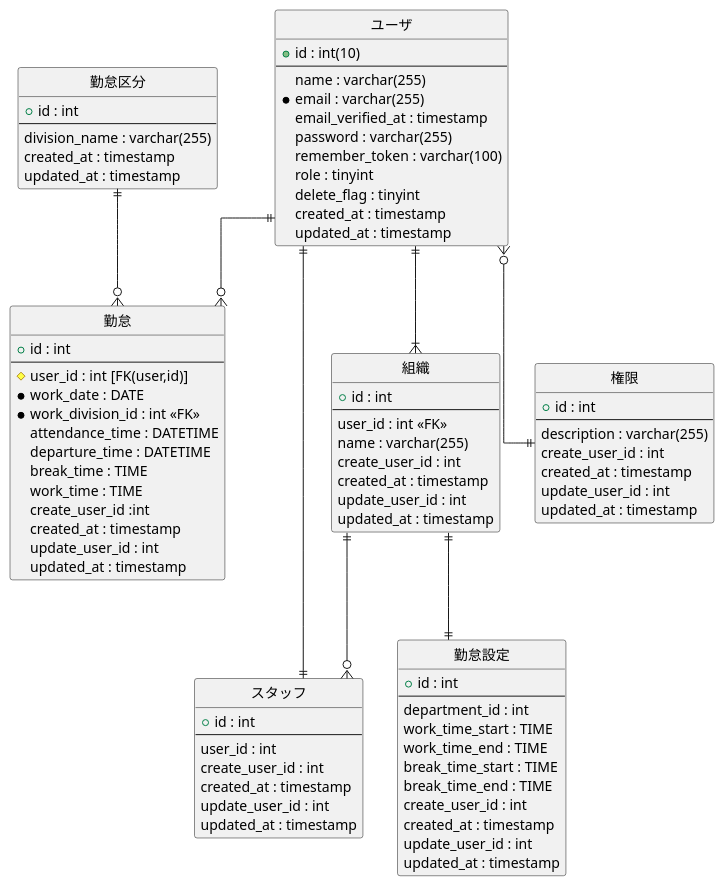
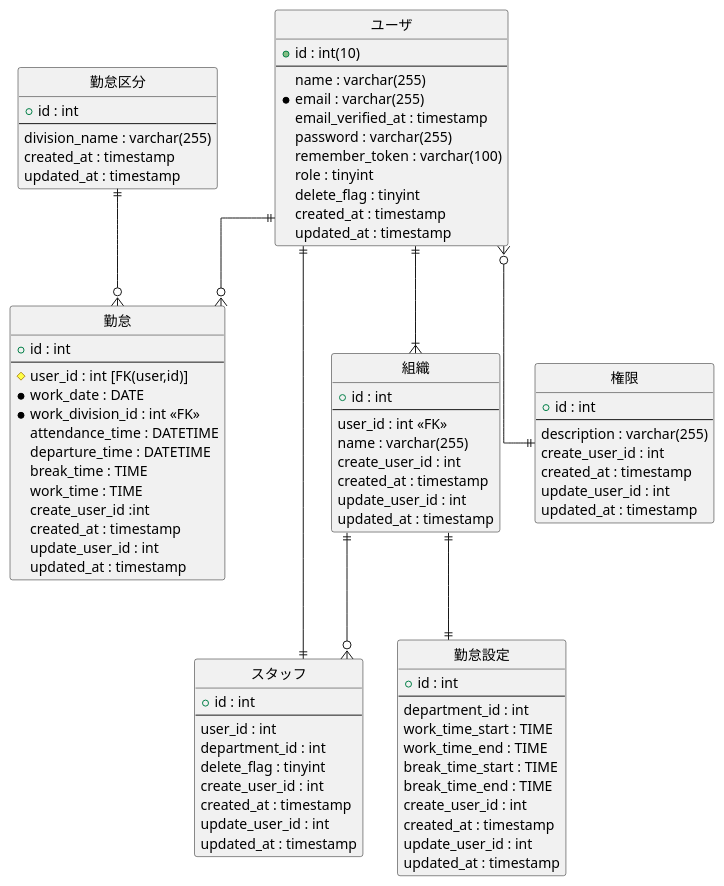
One commit to Nke0628/work-app changed the diagram in uml/DB設計/ER図.puml. Above: the diagram before and after it, drawn with PlantUML. The commit also changed 68 other files, not shown here.

```diff
--- a/uml/DB設計/ER図.puml
+++ b/uml/DB設計/ER図.puml
@@ -1,96 +1,98 @@
 @startuml
 hide circle
 skinparam linetype ortho
 
 entity "ユーザ" as user {
   +id : int(10)
   --
   name : varchar(255)
   *email : varchar(255)
   email_verified_at : timestamp
   password : varchar(255)
   remember_token : varchar(100)
   role : tinyint
   delete_flag : tinyint
   created_at : timestamp
   updated_at : timestamp
 }
 
 entity "勤怠" as attendance {
   +id : int
   --
   #user_id : int [FK(user,id)]
   *work_date : DATE
   *work_division_id : int <<FK>>
   attendance_time : DATETIME
   departure_time : DATETIME
   break_time : TIME
   work_time : TIME
   create_user_id :int
   created_at : timestamp
   update_user_id : int
   updated_at : timestamp
 }
 
-entity "勤怠設定" as attendance_propaty {
+entity "勤怠設定" as attendance_property {
     +id : int
     --
     department_id : int
     work_time_start : TIME
     work_time_end : TIME
     break_time_start : TIME
     break_time_end : TIME
     create_user_id : int
     created_at : timestamp
     update_user_id : int
     updated_at : timestamp
 }
 
 entity "勤怠区分" as work_division {
   +id : int
   --
   division_name : varchar(255)
   created_at : timestamp
   updated_at : timestamp
 }
 
 entity "スタッフ" as staff {
   +id : int
   --
   user_id : int
+  department_id : int
+  delete_flag : tinyint
   create_user_id : int
   created_at : timestamp
   update_user_id : int
   updated_at : timestamp
 }
 
 entity "組織" as department {
   +id : int
   --
   user_id : int <<FK>>
   name : varchar(255)
   create_user_id : int
   created_at : timestamp
   update_user_id : int
   updated_at : timestamp
 }
 
 entity "権限" as role {
   +id : int
   --
   description : varchar(255)
   create_user_id : int
   created_at : timestamp
   update_user_id : int
   updated_at : timestamp
 }
 
 user||--o{attendance
 user||--||staff
 user||--|{department
 user }o--||role
 department||--o{staff
-department||--||attendance_propaty
+department||--||attendance_property
 work_division||--o{attendance
 
 @enduml
```
